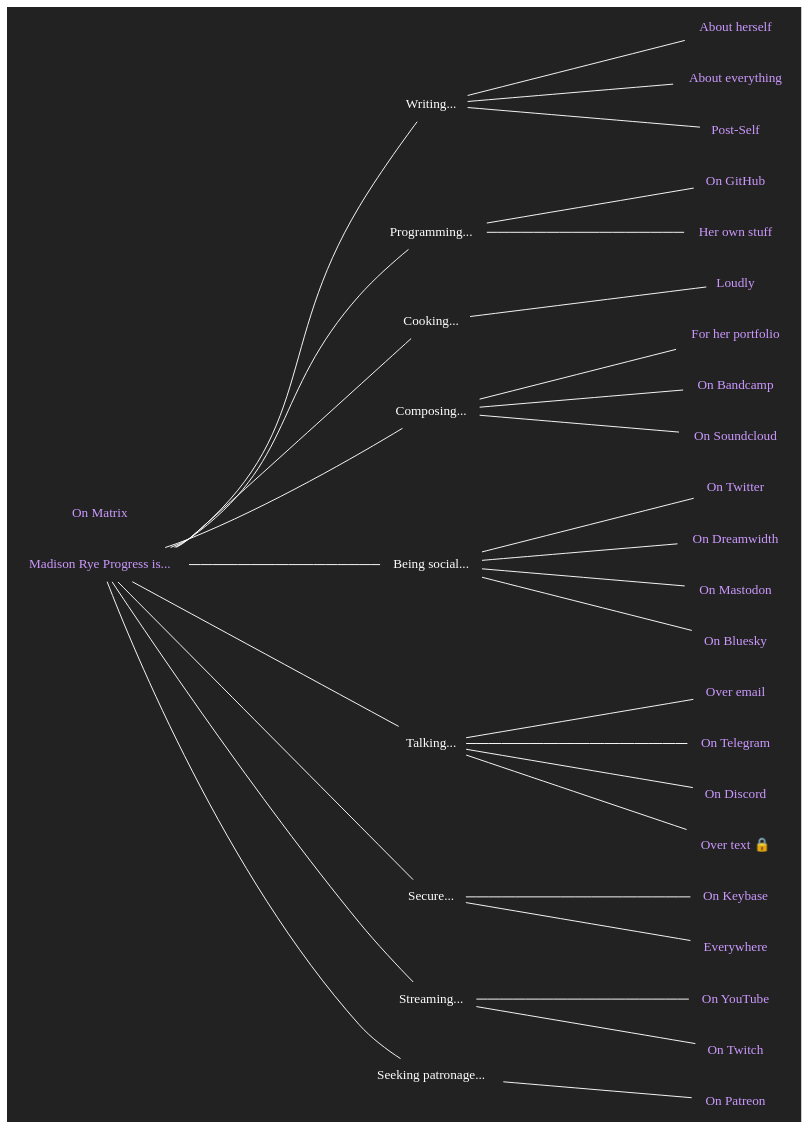
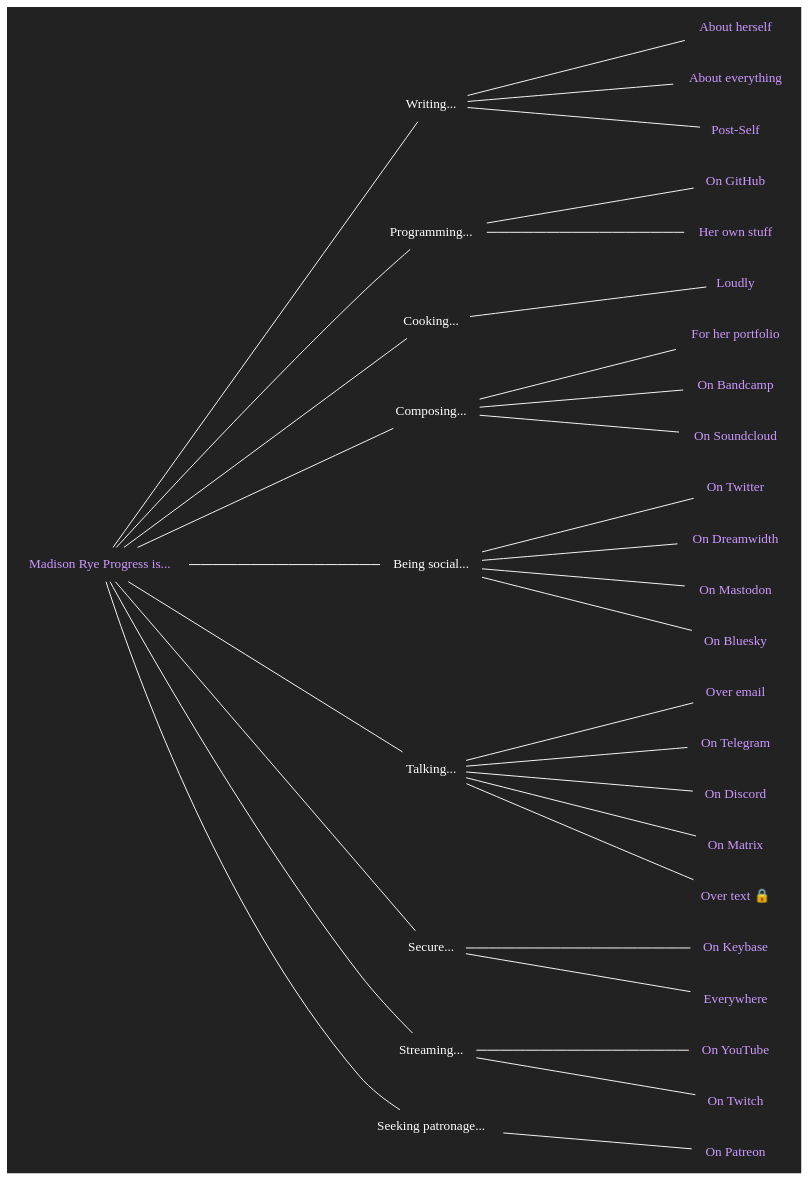
Before and after one commit to makyo/makyo.is: the diagram in is.dot, drawn with Graphviz. The commit also changed 4 other files, not shown here.

```diff
--- a/is.dot
+++ b/is.dot
@@ -1,74 +1,74 @@
 graph is {
     node[shape="none",fontcolor="#ffffff",color="#ffffff",fontname="Ubuntu"]
     edge[color="#ffffff"]
     graph[bgcolor="#222222",label="",margin="0",rankdir="LR",ranksep=2.5]
 
     copula [label="Madison Rye Progress is...",fontcolor="#cc99ff",href="https://drab-makyo.com"]
 
     writing [label="Writing..."]
     /* writing_anything [label="Anything",fontcolor="#cc99ff",href="https://writing.drab-makyo.com"] 
      */
     writing_ally [label="About herself",fontcolor="#cc99ff",href="https://ally.id"]
     writing_portfolio [label="About everything",fontcolor="#cc99ff",href="https://makyo.ink"]
     writing_postself [label="Post-Self",fontcolor="#cc99ff",href="https://post-self.ink"]
     copula -- writing -- { /* writing_anything, */ writing_ally, writing_portfolio, writing_postself }
 
     /*photography [label="Taking pictures..."]
     photography_flickr [label="On Flickr",fontcolor="#cc99ff",href="https://flickr.com/photos/ranna"]
     photography_portfolio [label="For her portfolio",fontcolor="#cc99ff",href="https://makyo.photography"]
     copula -- photography -- { photography_flickr, photography_portfolio }*/
 
     programming [label="Programming..."]
     programming_github [label="On GitHub",fontcolor="#cc99ff",href="https://github.com/makyo"]
     /* programming_launchpad [label="On Launchpad",fontcolor="#cc99ff",href="https://launchpad.net/~makyo"]
      */
     programming_personal [label="Her own stuff",fontcolor="#cc99ff",href="https://makyo.dev"]
     copula -- programming -- { programming_github, /*programming_launchpad,*/ programming_personal }
 
     cooking [label="Cooking..."]
     /*cooking_quietly [label="Quietly",fontcolor="#cc99ff",href="https://makyo.cooking"]
      */
     cooking_loudly [label="Loudly",fontcolor="#cc99ff",href="https://twitter.com/loudfood"]
     copula -- cooking -- { /*cooking_quietly,*/ cooking_loudly }
 
     composing [label="Composing..."]
     composing_portfolio [label="For her portfolio",fontcolor="#cc99ff",href="https://sounds.drab-makyo.com"]
     composing_bandcamp [label="On Bandcamp",fontcolor="#cc99ff",href="https://drab-makyo.bandcamp.com"]
     composing_soundcloud [label="On Soundcloud",fontcolor="#cc99ff",href="https://soundcloud.com/drabmakyo"]
     copula -- composing -- { composing_portfolio, composing_bandcamp, composing_soundcloud }
 
     social [label="Being social..."]
     social_twitter [label="On Twitter",fontcolor="#cc99ff",href="https://twitter.com/makyo_writes"]
     social_dreamwidth [label="On Dreamwidth",fontcolor="#cc99ff",href="https://skunkcetera.dreamwidth.org"]
     social_mastodon [label="On Mastodon",fontcolor="#cc99ff",href="https://awoo.space/@makyo"]
     social_bluesky [label="On Bluesky",fontcolor="#cc99ff",href="https://bsky.app/profile/makyo.bsky.social"]
     copula -- social -- { social_twitter, social_mastodon, social_dreamwidth, social_bluesky }
 
     talking [label="Talking..."]
     talking_email [label="Over email",fontcolor="#cc99ff",href="mailto:makyo@drab-makyo.com"]
     talking_telegram [label="On Telegram",fontcolor="#cc99ff",href="https://t.me/DrabMakyo"]
     talking_discord [label="On Discord",fontcolor="#cc99ff",href="https://discord.com/users/Makyo#7093",title="Makyo#7093"]
     talking_matrix [label="On Matrix",fontcolor="#cc99ff",href="https://matrix.to/#/@makyo:polycul.es"]
     /*talking_wire [label="On Wire",fontcolor="#cc99ff",href="/wire",title="@makyo"]*/
     talking_phone [label="Over text 🔒 ",fontcolor="#cc99ff",href="tel:3038185943"]
-    copula -- talking -- { talking_email, talking_telegram, talking_discord, talking_phone /*, talking_matrix, talking_wire*/ }
+    copula -- talking -- { talking_email, talking_telegram, talking_discord, talking_phone, talking_matrix/*, talking_wire*/ }
 
     /*working [label="Working..."]
     working_digitalocean [label="At DigitalOcean",fontcolor="#cc99ff",href="https://digitalocean.com"]
     working_hybrid [label="At Hybrid Ink, LLC",fontcolor="#cc99ff",href="https://hybrid.ink"] 
     copula -- working -- { working_hybrid, working_digitalocean }*/
 
     secure [label="Secure..."]
     secure_keybase [label="On Keybase",fontcolor="#cc99ff",href="https://keybase.io/makyo"]
     secure_everywhere [label="Everywhere",fontcolor="#cc99ff",href="https://drab-makyo.com/pgp"]
     copula -- secure -- { secure_everywhere, secure_keybase }
 
     playing [label="Streaming..."]
     playing_youtube [label="On YouTube",fontcolor="#cc99ff",href="https://www.youtube.com/@ephahvix"]
     playing_twitch [label="On Twitch",fontcolor="#cc99ff",href="https://twitch.tv/ephahvix"]
     copula -- playing -- { playing_youtube, playing_twitch }
 
     patron [label="Seeking patronage..."]
     patron_patreon [label="On Patreon",fontcolor="#cc99ff",href="https://patreon.com/makyo"]
     copula -- patron -- { patron_patreon }
 }
```
